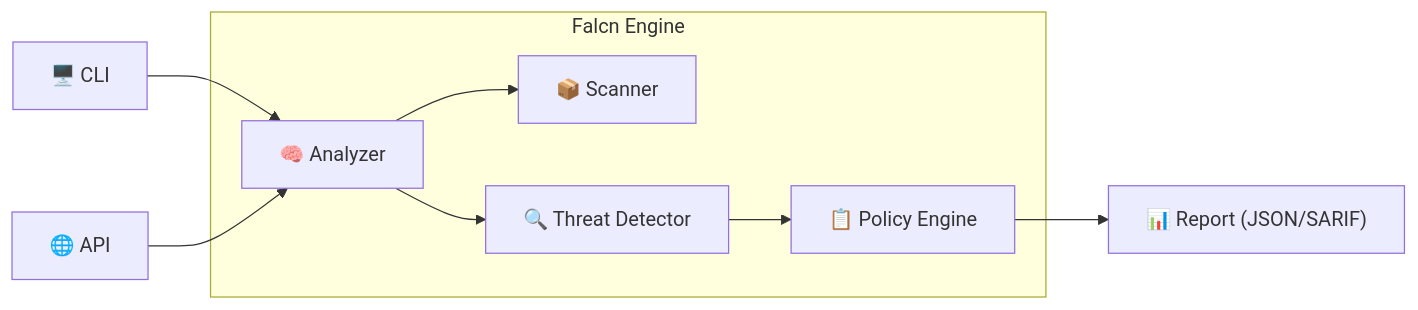
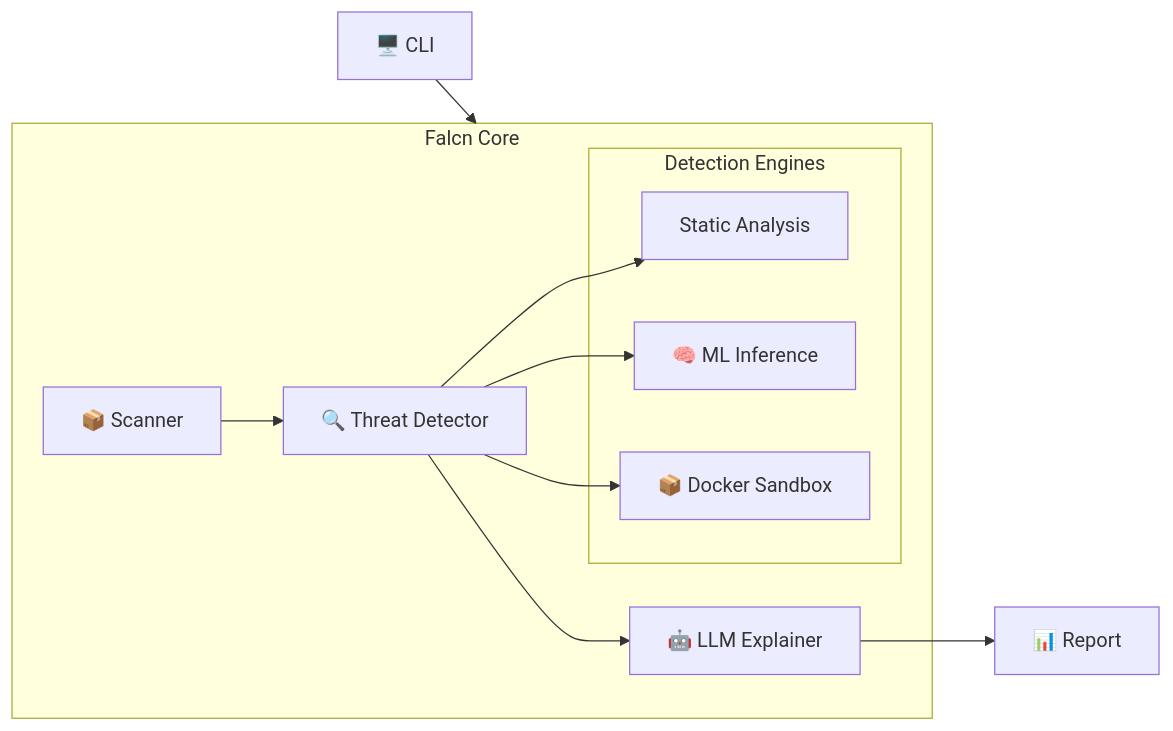
One commit to falcn-io/falcn changed the diagram in README.md. Above: the diagram before and after it, drawn with Mermaid. The commit also changed other lines of this file and 27 other files, not shown here.

````diff
--- a/README.md
+++ b/README.md
@@ -118,17 +97,23 @@
 ```mermaid
 flowchart LR
-    CLI["🖥️ CLI"] --> Analyzer
-    API["🌐 API"] --> Analyzer
+    CLI["🖥️ CLI"] --> Core
     
-    subgraph Engine["Falcn Engine"]
-        Analyzer["🧠 Analyzer"]
-        Scanner["📦 Scanner"]
-        Detector["🔍 Threat Detector"]
-        Policy["📋 Policy Engine"]
+    subgraph Core["Falcn Core"]
+        Scanner["📦 Scanner"] --> Detector
+        
+        subgraph Detection["Detection Engines"]
+            Static["Static Analysis"]
+            ML["🧠 ML Inference"]
+            Sandbox["📦 Docker Sandbox"]
+        end
+        
+        Detector["🔍 Threat Detector"] --> Static
+        Detector --> ML
+        Detector --> Sandbox
+        
+        Explanation["🤖 LLM Explainer"]
     end
     
-    Analyzer --> Scanner
-    Analyzer --> Detector
-    Detector --> Policy
-    Policy --> Output["📊 Report (JSON/SARIF)"]
+    Detector --> Explanation
+    Explanation --> Output["📊 Report"]
 ```
````
